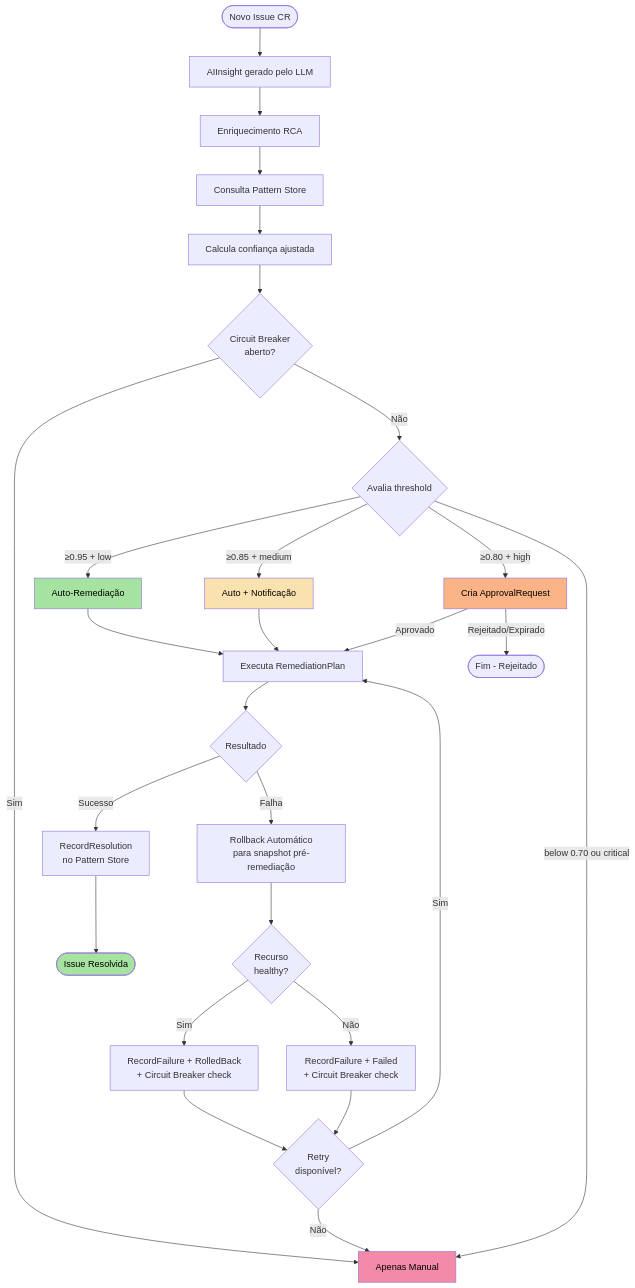
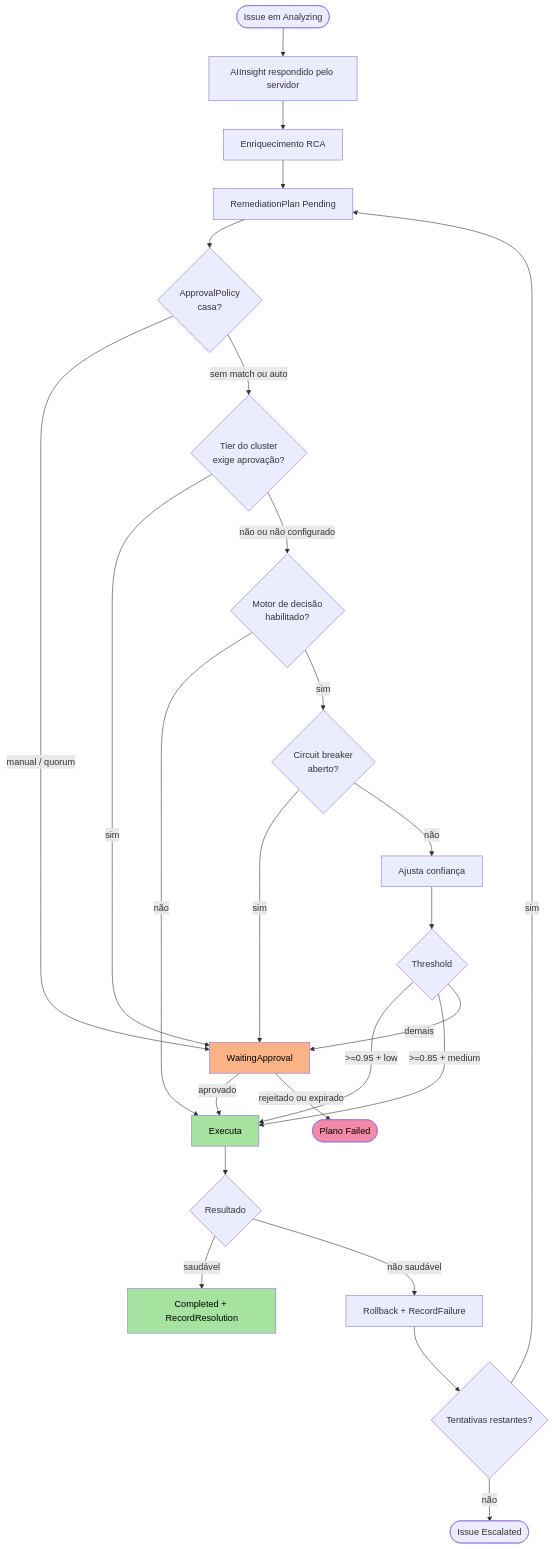
The second of 2 diagrams in pt/features/aiops/decision-engine.mdx (diillson/chatcli.ai), drawn with Mermaid before and after one commit. The commit also changed other lines of this file and 24 other files, not shown here.

````diff
--- a/pt/features/aiops/decision-engine.mdx
+++ b/pt/features/aiops/decision-engine.mdx
@@ -788,40 +617,31 @@
 ```mermaid
 flowchart TD
-    START([Novo Issue CR]) --> INSIGHT[AIInsight gerado pelo LLM]
+    START([Issue em Analyzing]) --> INSIGHT[AIInsight respondido pelo servidor]
     INSIGHT --> RCA[Enriquecimento RCA]
-    RCA --> PATTERN[Consulta Pattern Store]
-    PATTERN --> CALC[Calcula confiança ajustada]
-
-    CALC --> CB{Circuit Breaker<br/>aberto?}
-    CB -->|Sim| MANUAL[Apenas Manual]
-    CB -->|Não| THRESHOLD{Avalia threshold}
-
-    THRESHOLD -->|≥0.95 + low| AUTO[Auto-Remediação]
-    THRESHOLD -->|≥0.85 + medium| NOTIFY[Auto + Notificação]
-    THRESHOLD -->|≥0.80 + high| APPROVAL[Cria ApprovalRequest]
-    THRESHOLD -->|below 0.70 ou critical| MANUAL
-
-    AUTO --> EXEC[Executa RemediationPlan]
-    NOTIFY --> EXEC
-    APPROVAL -->|Aprovado| EXEC
-    APPROVAL -->|Rejeitado/Expirado| END_REJECT([Fim - Rejeitado])
-
+    RCA --> PLAN[RemediationPlan Pending]
+    PLAN --> POLICY{ApprovalPolicy<br/>casa?}
+    POLICY -->|manual / quorum| PARK[WaitingApproval]
+    POLICY -->|sem match ou auto| TIER{Tier do cluster<br/>exige aprovação?}
+    TIER -->|sim| PARK
+    TIER -->|não ou não configurado| ENGINE{Motor de decisão<br/>habilitado?}
+    ENGINE -->|não| EXEC[Executa]
+    ENGINE -->|sim| CB{Circuit breaker<br/>aberto?}
+    CB -->|sim| PARK
+    CB -->|não| CALC[Ajusta confiança]
+    CALC --> THRESHOLD{Threshold}
+    THRESHOLD -->|>=0.95 + low| EXEC
+    THRESHOLD -->|>=0.85 + medium| EXEC
+    THRESHOLD -->|demais| PARK
+    PARK -->|aprovado| EXEC
+    PARK -->|rejeitado ou expirado| FAIL([Plano Failed])
     EXEC --> RESULT{Resultado}
-    RESULT -->|Sucesso| RECORD_OK[RecordResolution<br/>no Pattern Store]
-    RESULT -->|Falha| ROLLBACK[Rollback Automático<br/>para snapshot pré-remediação]
-    ROLLBACK --> HEALTH{Recurso<br/>healthy?}
-    HEALTH -->|Sim| RECORD_FAIL[RecordFailure + RolledBack<br/>+ Circuit Breaker check]
-    HEALTH -->|Não| RECORD_FAIL_HARD[RecordFailure + Failed<br/>+ Circuit Breaker check]
-
-    RECORD_OK --> END_OK([Issue Resolvida])
-    RECORD_FAIL --> RETRY{Retry<br/>disponível?}
-    RECORD_FAIL_HARD --> RETRY
-    RETRY -->|Sim| EXEC
-    RETRY -->|Não| MANUAL
-
-    style AUTO fill:#a6e3a1,color:#000
-    style NOTIFY fill:#f9e2af,color:#000
-    style APPROVAL fill:#fab387,color:#000
-    style MANUAL fill:#f38ba8,color:#000
-    style END_OK fill:#a6e3a1,color:#000
+    RESULT -->|saudável| OK[Completed + RecordResolution]
+    RESULT -->|não saudável| RB[Rollback + RecordFailure]
+    RB --> RETRY{Tentativas restantes?}
+    RETRY -->|sim| PLAN
+    RETRY -->|não| ESC([Issue Escalated])
+    style EXEC fill:#a6e3a1,color:#000
+    style PARK fill:#fab387,color:#000
+    style FAIL fill:#f38ba8,color:#000
+    style OK fill:#a6e3a1,color:#000
 ```
````
